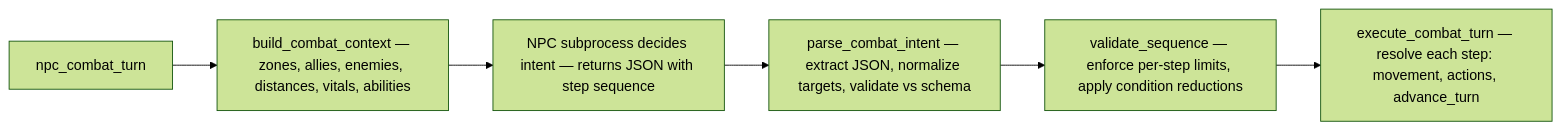
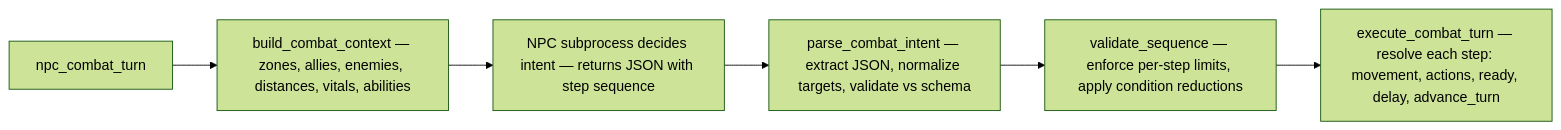
Before and after one commit to matluz1/lorekit: the sixth of 9 diagrams in ARCHITECTURE.md, drawn with Mermaid (forest theme). The commit also changed other lines of this file, not shown here.

First line of the commit message:
docs: update ARCHITECTURE.md for ready/delay, resist, reactions, switch limits

````diff
--- a/ARCHITECTURE.md
+++ b/ARCHITECTURE.md
@@ -806,8 +855,8 @@
 ```mermaid
 flowchart LR
     A[npc_combat_turn] --> B["build_combat_context — zones, allies, enemies, distances, vitals, abilities"]
     B --> C["NPC subprocess decides intent — returns JSON with step sequence"]
     C --> D["parse_combat_intent — extract JSON, normalize targets, validate vs schema"]
     D --> E["validate_sequence — enforce per-step limits, apply condition reductions"]
-    E --> F["execute_combat_turn — resolve each step: movement, actions, advance_turn"]
+    E --> F["execute_combat_turn — resolve each step: movement, actions, ready, delay, advance_turn"]
 ```
````
